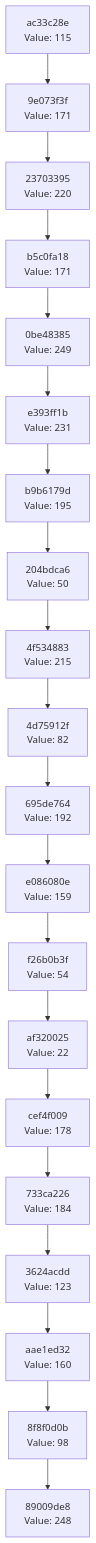
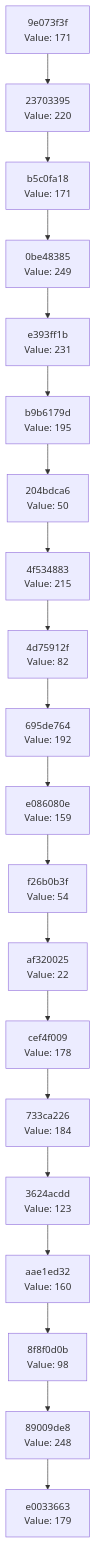
The diagram in docs/CHAIN_VISUALIZATION.md (Abhisheksinha1506/hash-chain-evolver), drawn with Mermaid before and after one commit. The commit also changed 2 other files, not shown here.

Commit message:
Evolution step: hash 0xB3 → action executed

````diff
--- a/docs/CHAIN_VISUALIZATION.md
+++ b/docs/CHAIN_VISUALIZATION.md
@@ -3,42 +3,42 @@
 ```mermaid
 graph TD
-    C0["89009de8<br/>Value: 248"]
-    C1["8f8f0d0b<br/>Value: 98"]
+    C0["e0033663<br/>Value: 179"]
+    C1["89009de8<br/>Value: 248"]
     C1 --> C0
-    C2["aae1ed32<br/>Value: 160"]
+    C2["8f8f0d0b<br/>Value: 98"]
     C2 --> C1
-    C3["3624acdd<br/>Value: 123"]
+    C3["aae1ed32<br/>Value: 160"]
     C3 --> C2
-    C4["733ca226<br/>Value: 184"]
+    C4["3624acdd<br/>Value: 123"]
     C4 --> C3
-    C5["cef4f009<br/>Value: 178"]
+    C5["733ca226<br/>Value: 184"]
     C5 --> C4
-    C6["af320025<br/>Value: 22"]
+    C6["cef4f009<br/>Value: 178"]
     C6 --> C5
-    C7["f26b0b3f<br/>Value: 54"]
+    C7["af320025<br/>Value: 22"]
     C7 --> C6
-    C8["e086080e<br/>Value: 159"]
+    C8["f26b0b3f<br/>Value: 54"]
     C8 --> C7
-    C9["695de764<br/>Value: 192"]
+    C9["e086080e<br/>Value: 159"]
     C9 --> C8
-    C10["4d75912f<br/>Value: 82"]
+    C10["695de764<br/>Value: 192"]
     C10 --> C9
-    C11["4f534883<br/>Value: 215"]
+    C11["4d75912f<br/>Value: 82"]
     C11 --> C10
-    C12["204bdca6<br/>Value: 50"]
+    C12["4f534883<br/>Value: 215"]
     C12 --> C11
-    C13["b9b6179d<br/>Value: 195"]
+    C13["204bdca6<br/>Value: 50"]
     C13 --> C12
-    C14["e393ff1b<br/>Value: 231"]
+    C14["b9b6179d<br/>Value: 195"]
     C14 --> C13
-    C15["0be48385<br/>Value: 249"]
+    C15["e393ff1b<br/>Value: 231"]
     C15 --> C14
-    C16["b5c0fa18<br/>Value: 171"]
+    C16["0be48385<br/>Value: 249"]
     C16 --> C15
-    C17["23703395<br/>Value: 220"]
+    C17["b5c0fa18<br/>Value: 171"]
     C17 --> C16
-    C18["9e073f3f<br/>Value: 171"]
+    C18["23703395<br/>Value: 220"]
     C18 --> C17
-    C19["ac33c28e<br/>Value: 115"]
+    C19["9e073f3f<br/>Value: 171"]
     C19 --> C18
 ```
````
